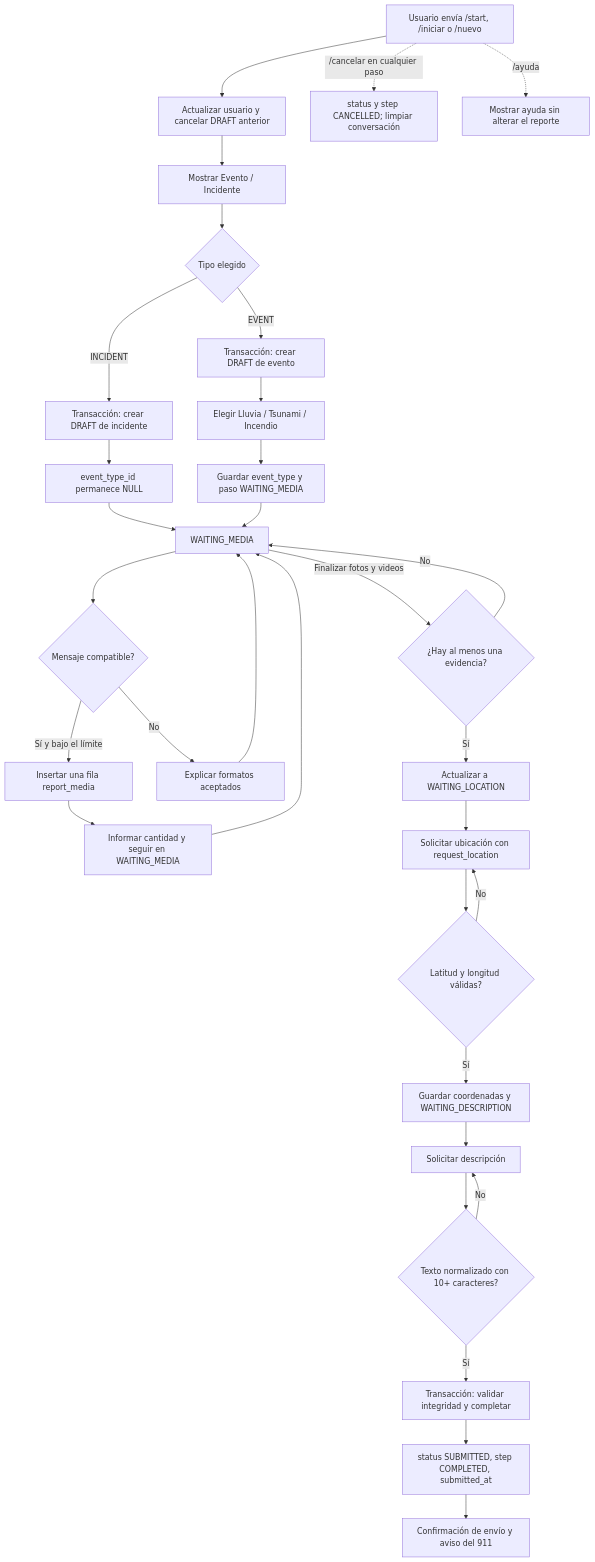
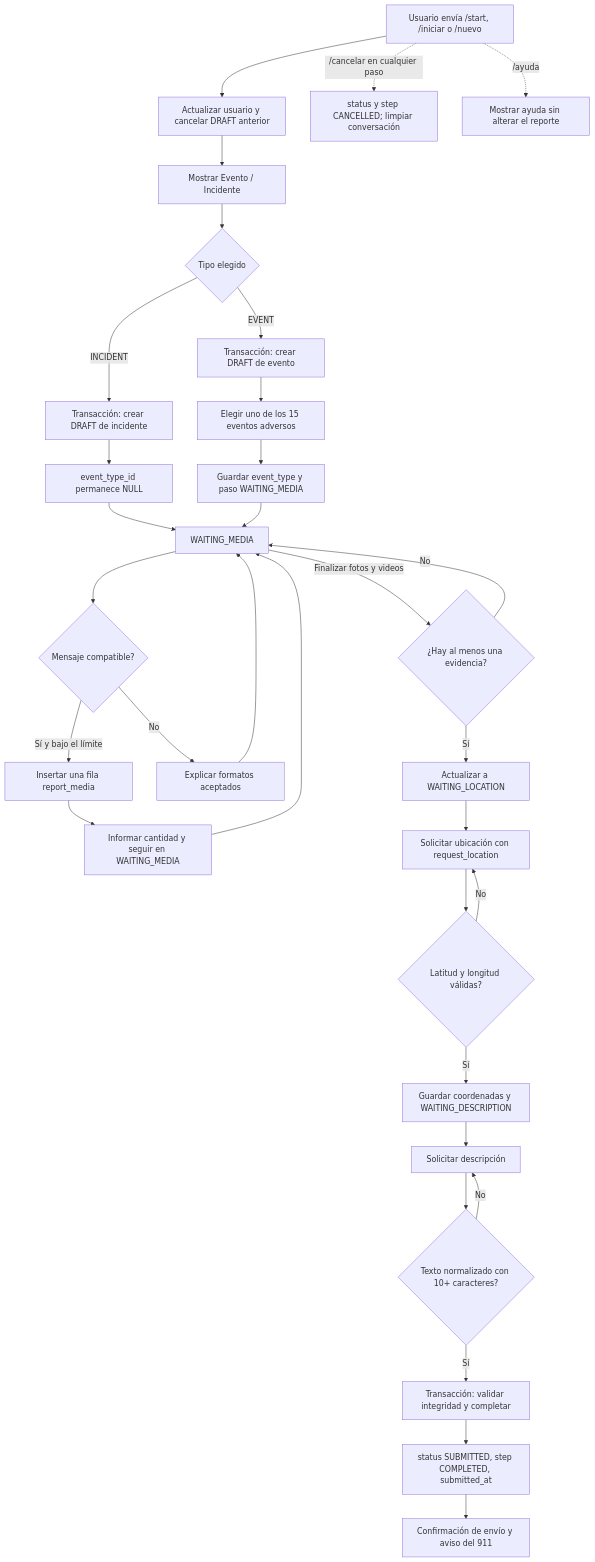
One commit to jhquihuiri7/galapagos_previene changed the first of 2 diagrams in README.md. Above: the diagram before and after it, drawn with Mermaid. The commit also changed other lines of this file and 14 other files, not shown here.

First line of the commit message:
feat: adopta el catálogo oficial de quince eventos adversos

````diff
--- a/README.md
+++ b/README.md
@@ -90,34 +91,34 @@
 ```mermaid
 flowchart TD
     A[Usuario envía /start, /iniciar o /nuevo] --> A1[Actualizar usuario y cancelar DRAFT anterior]
     A1 --> B[Mostrar Evento / Incidente]
     B --> C{Tipo elegido}
     C -->|EVENT| D[Transacción: crear DRAFT de evento]
     C -->|INCIDENT| E[Transacción: crear DRAFT de incidente]
-    D --> F[Elegir Lluvia / Tsunami / Incendio]
+    D --> F[Elegir uno de los 15 eventos adversos]
     F --> G[Guardar event_type y paso WAITING_MEDIA]
     E --> H[event_type_id permanece NULL]
     H --> I[WAITING_MEDIA]
     G --> I
     I --> J{Mensaje compatible?}
     J -->|Sí y bajo el límite| K[Insertar una fila report_media]
     K --> L[Informar cantidad y seguir en WAITING_MEDIA]
     L --> I
     J -->|No| M[Explicar formatos aceptados]
     M --> I
     I -->|Finalizar fotos y videos| N{¿Hay al menos una evidencia?}
     N -->|No| I
     N -->|Sí| O[Actualizar a WAITING_LOCATION]
     O --> P[Solicitar ubicación con request_location]
     P --> Q{Latitud y longitud válidas?}
     Q -->|No| P
     Q -->|Sí| R[Guardar coordenadas y WAITING_DESCRIPTION]
     R --> S[Solicitar descripción]
     S --> T{Texto normalizado con 10+ caracteres?}
     T -->|No| S
     T -->|Sí| U[Transacción: validar integridad y completar]
     U --> V[status SUBMITTED, step COMPLETED, submitted_at]
     V --> W[Confirmación de envío y aviso del 911]
     A -. /cancelar en cualquier paso .-> X[status y step CANCELLED; limpiar conversación]
     A -. /ayuda .-> Y[Mostrar ayuda sin alterar el reporte]
 ```
````
